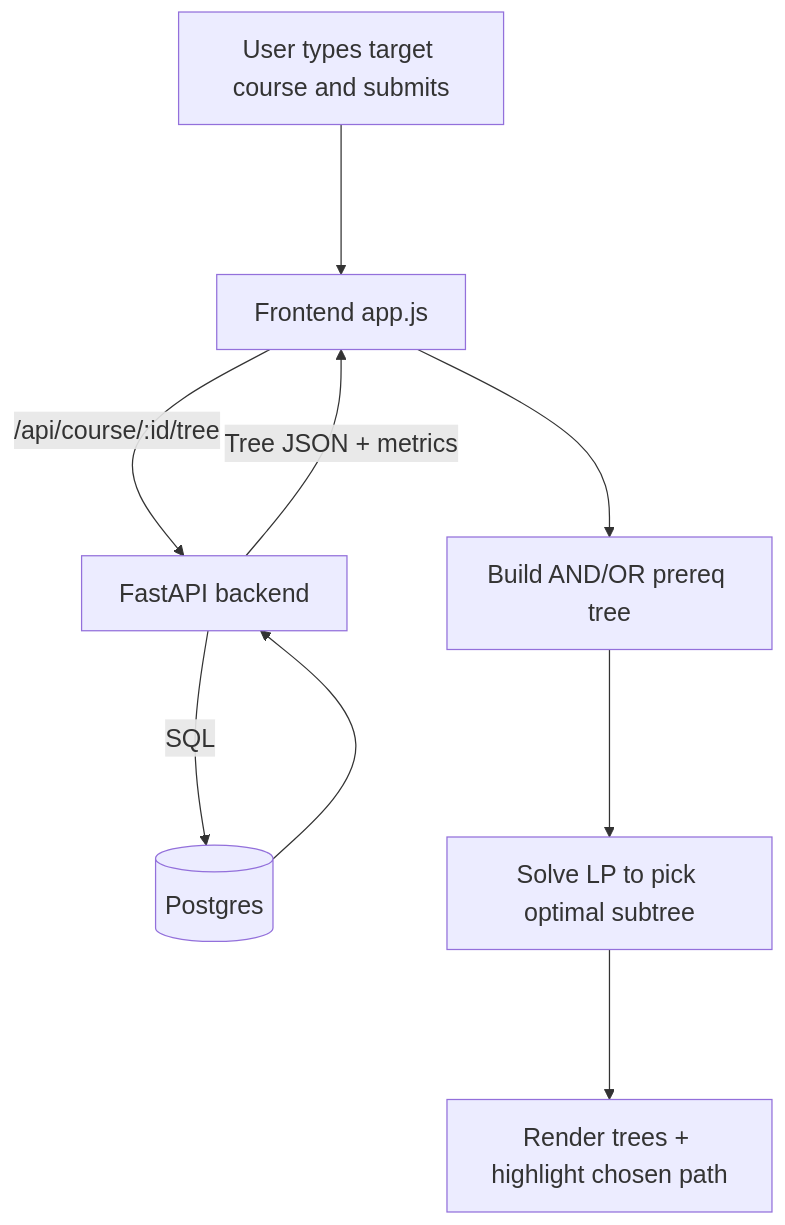
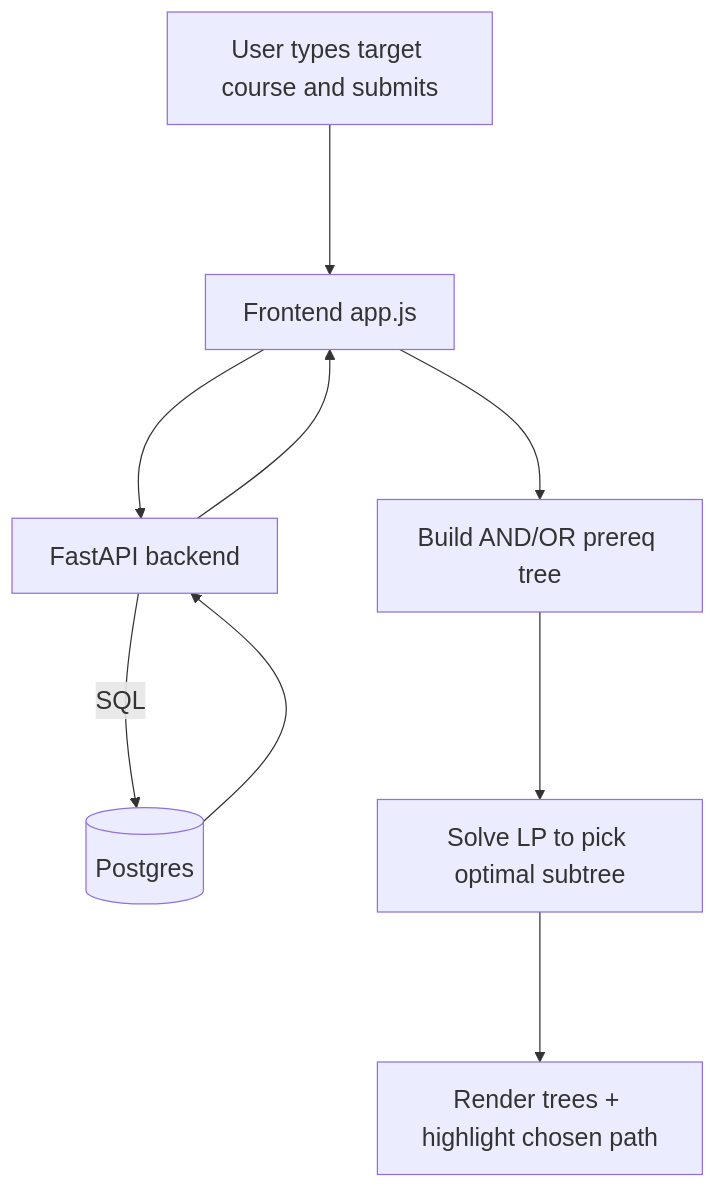
One commit to StevenShi998/UW_Course_SearchTree changed the first of 2 diagrams in README.md. Above: the diagram before and after it, drawn with Mermaid. The commit also changed other lines of this file, not shown here.

Commit message:
Docs: refine User Flow and narrative; simplify edges; clarify LP section

````diff
--- a/README.md
+++ b/README.md
@@ -7,12 +7,12 @@
 ```mermaid
 %%{init: {'flowchart': {'nodeSpacing': 80, 'rankSpacing': 120}, 'themeVariables': {'fontSize': '20px'}}}%%
 flowchart TB
   U[User types target course and submits] --> F[Frontend app.js]
-  F -->|/api/course/:id/tree| A[FastAPI backend]
+  F --> A[FastAPI backend]
   A -->|SQL| DB[(Postgres)]
   DB --> A
-  A -->|Tree JSON + metrics| F
+  A --> F
   F --> T[Build AND/OR prereq tree]
   T --> LP[Solve LP to pick optimal subtree]
   LP --> R[Render trees + highlight chosen path]
 ```
````
